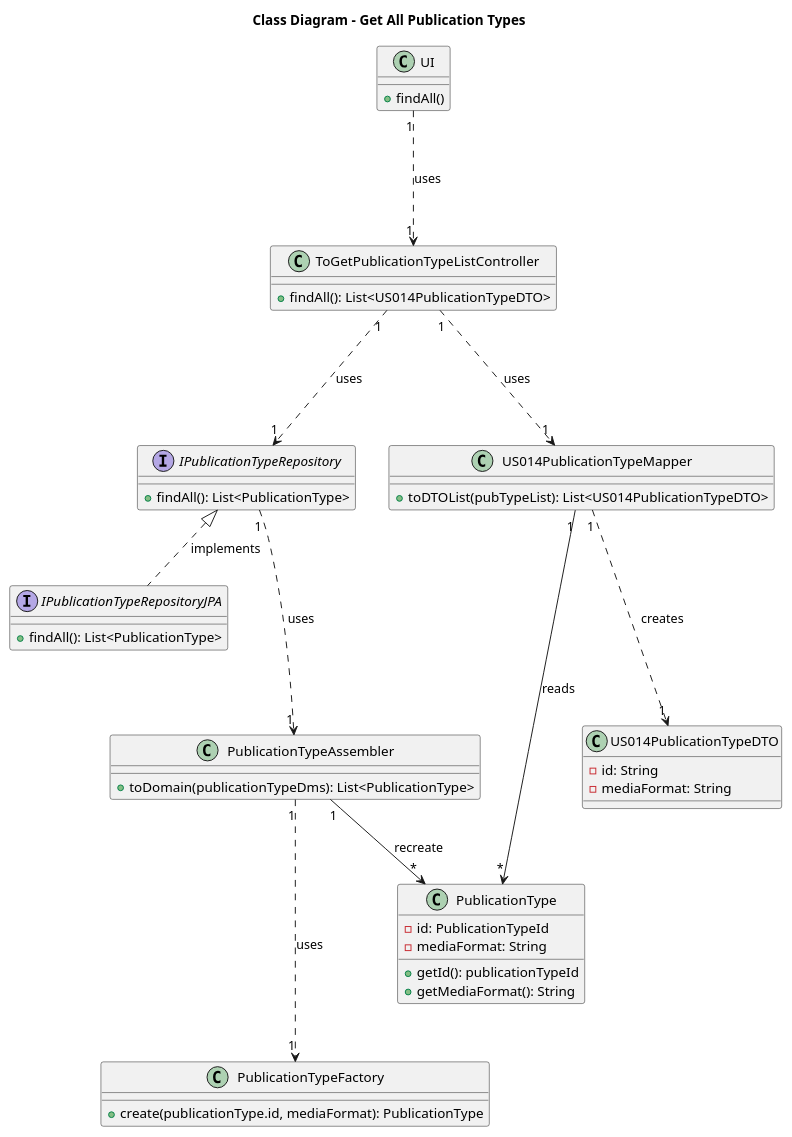
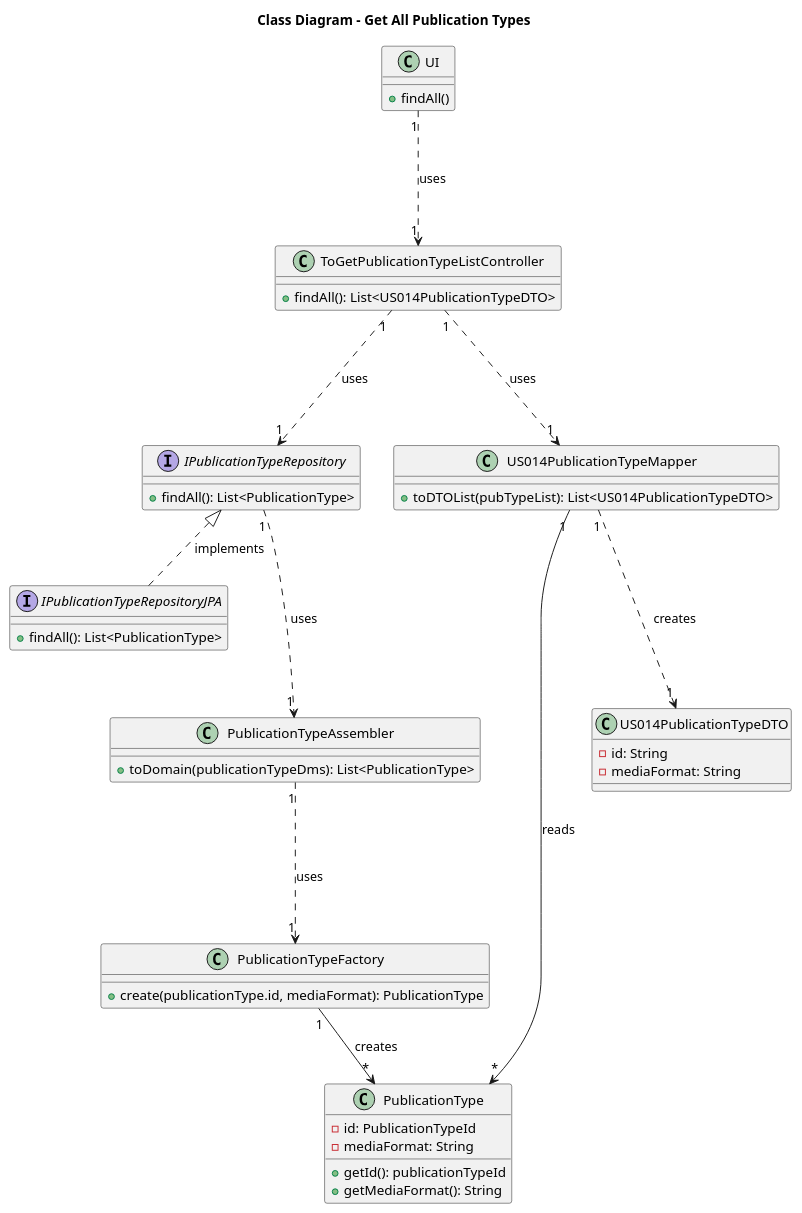
The diagram in Diagrams/ClassDiagrams/To-get-publitaction-type-list.puml (AndrePereiraGitH/SWitCH-Project-Team_A), drawn with PlantUML before and after one commit.

Commit message:
Fix relationship notation for PublicationTypeFactory

```diff
--- a/Diagrams/ClassDiagrams/To-get-publitaction-type-list.puml
+++ b/Diagrams/ClassDiagrams/To-get-publitaction-type-list.puml
@@ -1,65 +1,65 @@
 @startuml
 title Class Diagram - Get All Publication Types
 
 ' ====== UI & Controller ======
 class UI {
   +findAll()
 }
 
 class ToGetPublicationTypeListController {
   +findAll(): List<US014PublicationTypeDTO>
 }
 
 UI "1" -.-> "1" ToGetPublicationTypeListController : uses
 
 ' ====== Repository Layer ======
 interface IPublicationTypeRepository {
   +findAll(): List<PublicationType>
 }
 
 interface IPublicationTypeRepositoryJPA {
   +findAll(): List<PublicationType>
 }
 
 IPublicationTypeRepository <|.. IPublicationTypeRepositoryJPA : implements
 
 ToGetPublicationTypeListController "1" -.-> "1" IPublicationTypeRepository : uses
 
 
 ' ====== Domain ======
 class PublicationType {
   -id: PublicationTypeId
   -mediaFormat: String
   +getId(): publicationTypeId
   +getMediaFormat(): String
 }
 
 ' ====== Assembler & Factory ======
 class PublicationTypeAssembler {
   +toDomain(publicationTypeDms): List<PublicationType>
 }
 
 class PublicationTypeFactory {
   +create(publicationType.id, mediaFormat): PublicationType
 }
 
 PublicationTypeAssembler "1" -.-> "1" PublicationTypeFactory : uses
-PublicationTypeAssembler "1" --> "*" PublicationType : recreate
+PublicationTypeFactory "1" --> "*" PublicationType : creates
 
 IPublicationTypeRepository "1" -.-> "1" PublicationTypeAssembler : uses
 
 ' ====== DTO & Mapper ======
 class US014PublicationTypeDTO {
   -id: String
   -mediaFormat: String
 }
 
 class US014PublicationTypeMapper {
   +toDTOList(pubTypeList): List<US014PublicationTypeDTO>
 }
 
 ToGetPublicationTypeListController "1" -.-> "1" US014PublicationTypeMapper : uses
 US014PublicationTypeMapper "1" --> "*" PublicationType : reads
 US014PublicationTypeMapper "1" -.-> "1" US014PublicationTypeDTO : creates
 
 @enduml
```
